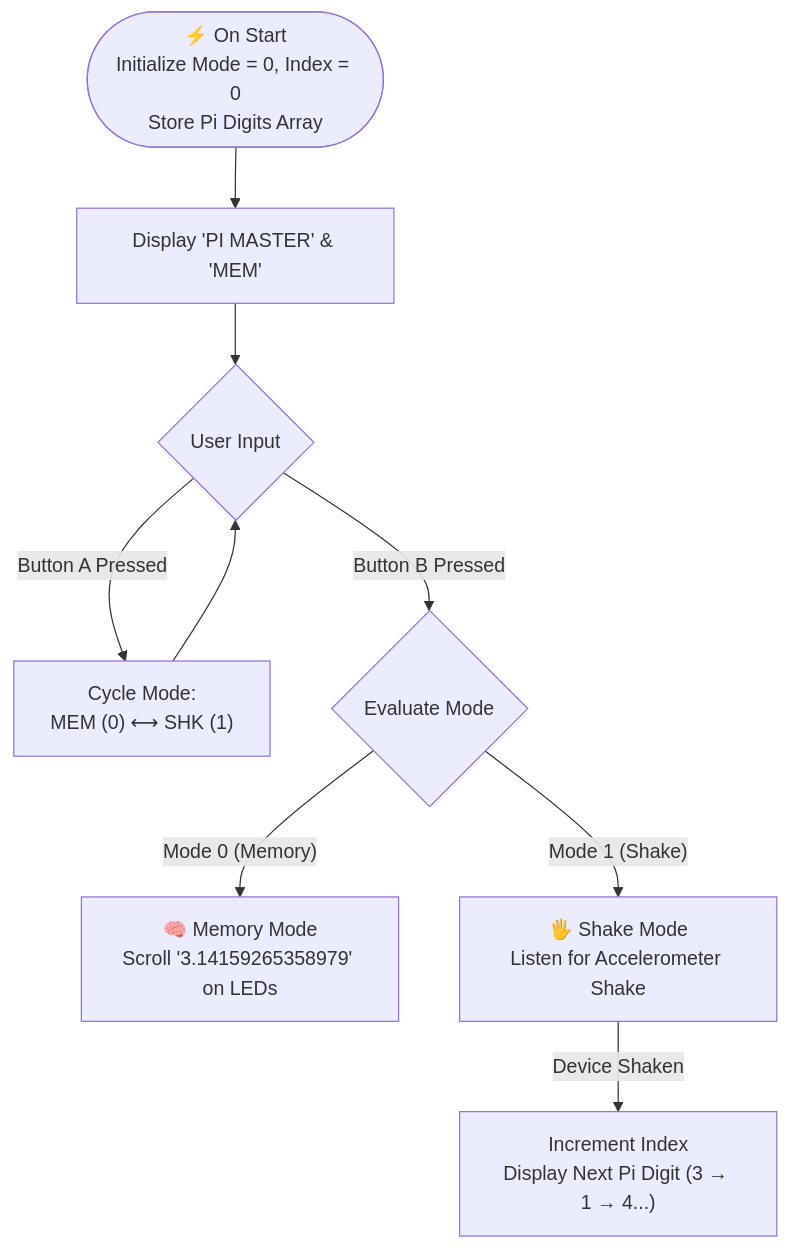
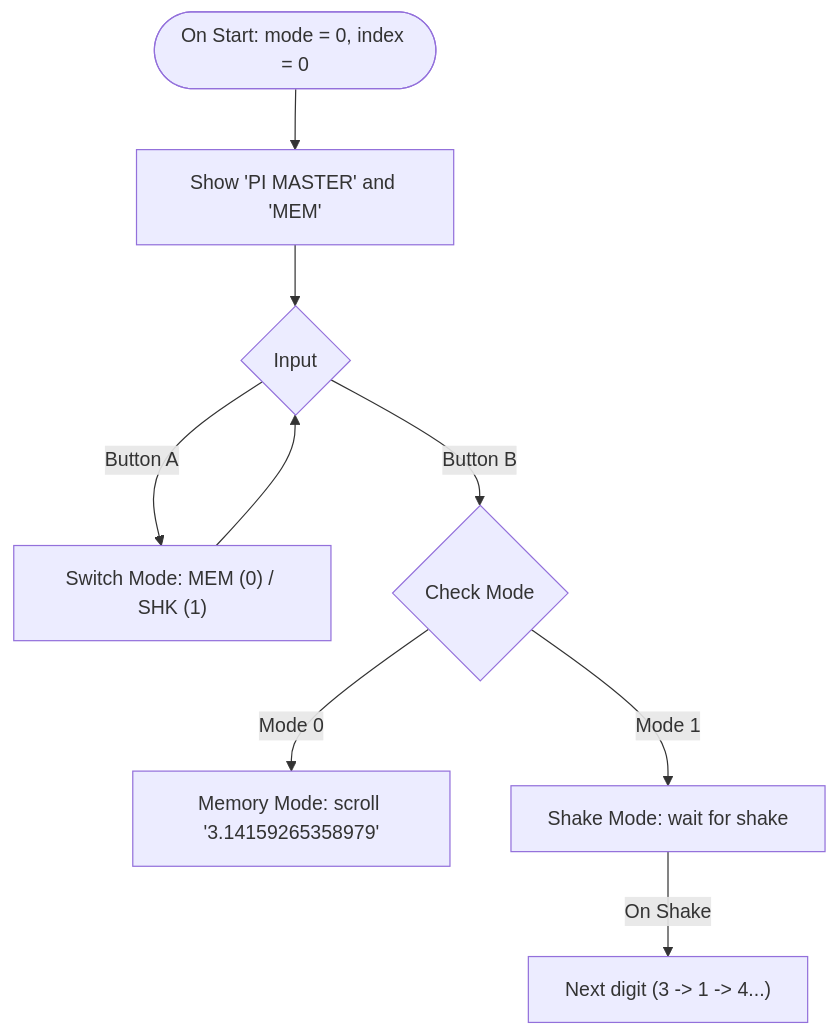
One commit to dhamodharankkp-oss/dhamodharan-kkp changed the diagram in projects/instructables/instructables/pi-master-challenge.md. Above: the diagram before and after it, drawn with Mermaid. The commit also changed other lines of this file and 10 other files, not shown here.

````diff
--- a/projects/instructables/instructables/pi-master-challenge.md
+++ b/projects/instructables/instructables/pi-master-challenge.md
@@ -29,11 +24,11 @@
 ```mermaid
 flowchart TD
-    Start(["⚡ On Start<br>Initialize Mode = 0, Index = 0<br>Store Pi Digits Array"]) --> Welcome["Display 'PI MASTER' & 'MEM'"]
-    Welcome --> Idle{"User Input"}
-    Idle -- "Button A Pressed" --> ToggleMode["Cycle Mode:<br>MEM (0) ⟷ SHK (1)"]
+    Start(["On Start: mode = 0, index = 0"]) --> Welcome["Show 'PI MASTER' and 'MEM'"]
+    Welcome --> Idle{"Input"}
+    Idle -- "Button A" --> ToggleMode["Switch Mode: MEM (0) / SHK (1)"]
     ToggleMode --> Idle
-    Idle -- "Button B Pressed" --> LaunchMode{"Evaluate Mode"}
-    LaunchMode -- "Mode 0 (Memory)" --> RunMemory["🧠 Memory Mode<br>Scroll '3.14159265358979' on LEDs"]
-    LaunchMode -- "Mode 1 (Shake)" --> RunShake["🖐️ Shake Mode<br>Listen for Accelerometer Shake"]
-    RunShake -- "Device Shaken" --> ShowDigit["Increment Index<br>Display Next Pi Digit (3 → 1 → 4...)"]
+    Idle -- "Button B" --> LaunchMode{"Check Mode"}
+    LaunchMode -- "Mode 0" --> RunMemory["Memory Mode: scroll '3.14159265358979'"]
+    LaunchMode -- "Mode 1" --> RunShake["Shake Mode: wait for shake"]
+    RunShake -- "On Shake" --> ShowDigit["Next digit (3 -> 1 -> 4...)"]
 ```
````
